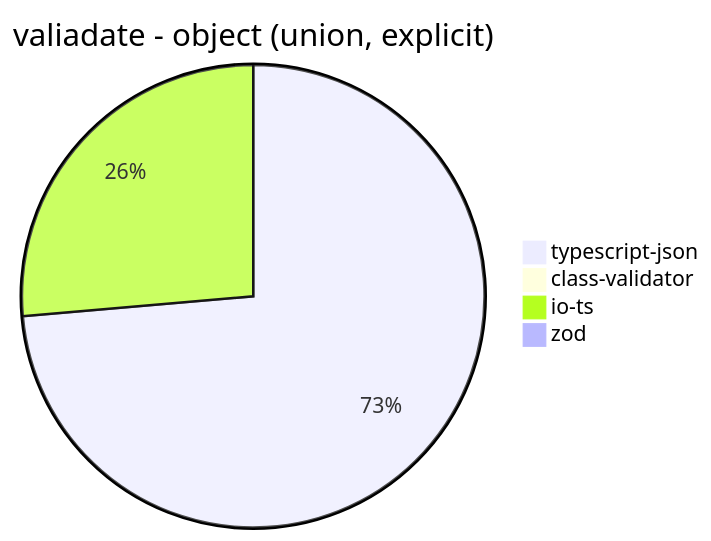
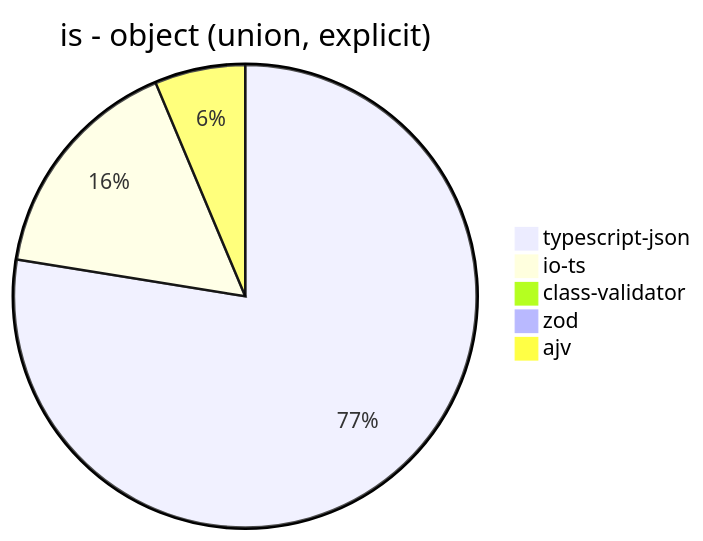
One commit to samchon/typia changed the third of 32 diagrams in benchmark/results/AMD Ryzen 7 5800H with Radeon Graphics.md. Above: the diagram before and after it, drawn with Mermaid. The commit also changed other lines of this file and 14 other files, not shown here.

Commit message:
Close #243 and Fix #244 - enhance json schema

````diff
--- a/benchmark/results/AMD Ryzen 7 5800H with Radeon Graphics.md
+++ b/benchmark/results/AMD Ryzen 7 5800H with Radeon Graphics.md
@@ -39,7 +41,8 @@
 ```mermaid
-pie title valiadate - object (union, explicit)
-  "typescript-json": 3510.6532840288783
+pie title is - object (union, explicit)
+  "typescript-json": 14748.950921364714
+  "io-ts": 3068.2788051209104
   "class-validator": 0
-  "io-ts": 1257.4383164005806
-  "zod": 34.07821229050279
+  "zod": 34.44444444444444
+  "ajv": 1203.4353193773484
 ```
````
